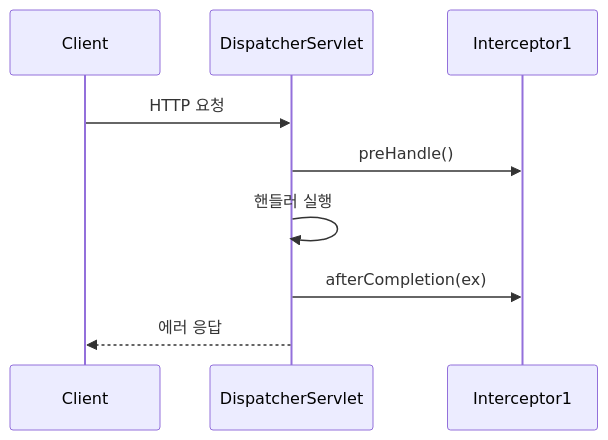
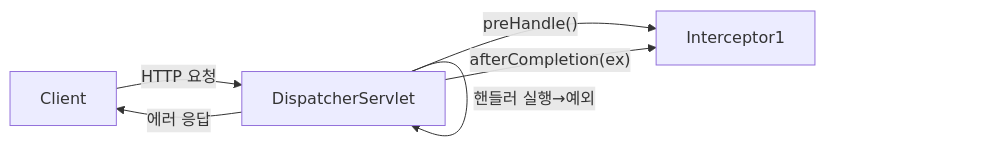
The fifth of 8 diagrams in _posts/spring/2026-05-02-spring-interceptor.md (yjkim2015/yjkim2015.github.io), drawn with Mermaid before and after one commit. The commit also changed other lines of this file and 32 other files, not shown here.

First line of the commit message:
sequenceDiagram 82개 → graph LR 변환 완료

````diff
--- a/_posts/spring/2026-05-02-spring-interceptor.md
+++ b/_posts/spring/2026-05-02-spring-interceptor.md
@@ -354,11 +347,8 @@
 ```mermaid
-sequenceDiagram
-    participant C as Client
-    participant DS as DispatcherServlet
-    participant I1 as Interceptor1
-    C->>DS: HTTP 요청
-    DS->>I1: preHandle()
-    DS->>DS: 핸들러 실행
-    DS->>I1: afterCompletion(ex)
-    DS-->>C: 에러 응답
+graph LR
+    C["Client"] -->|"HTTP 요청"| DS["DispatcherServlet"]
+    DS -->|"preHandle()"| I1["Interceptor1"]
+    DS -->|"핸들러 실행→예외"| DS
+    DS -->|"afterCompletion(ex)"| I1
+    DS -->|"에러 응답"| C
 ```
````
